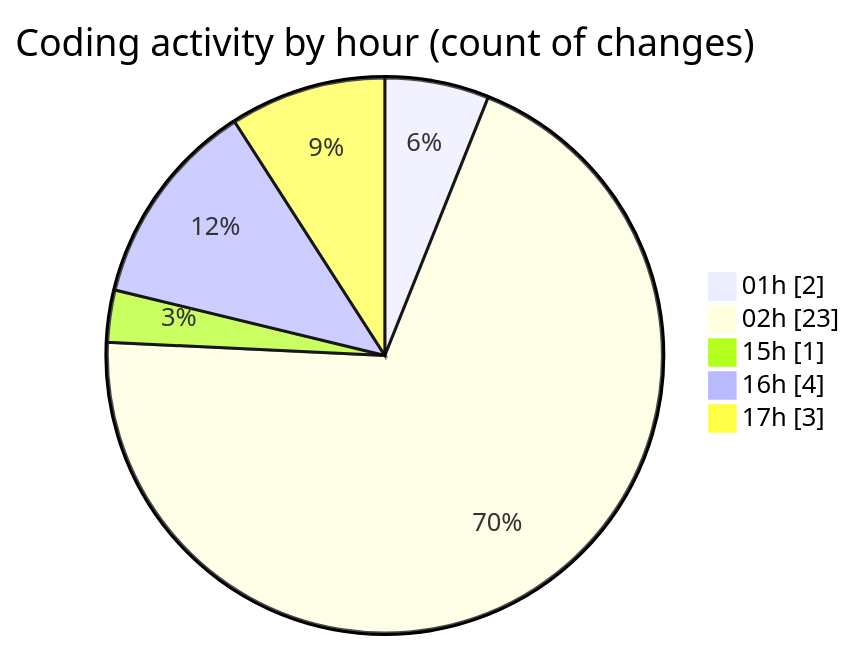
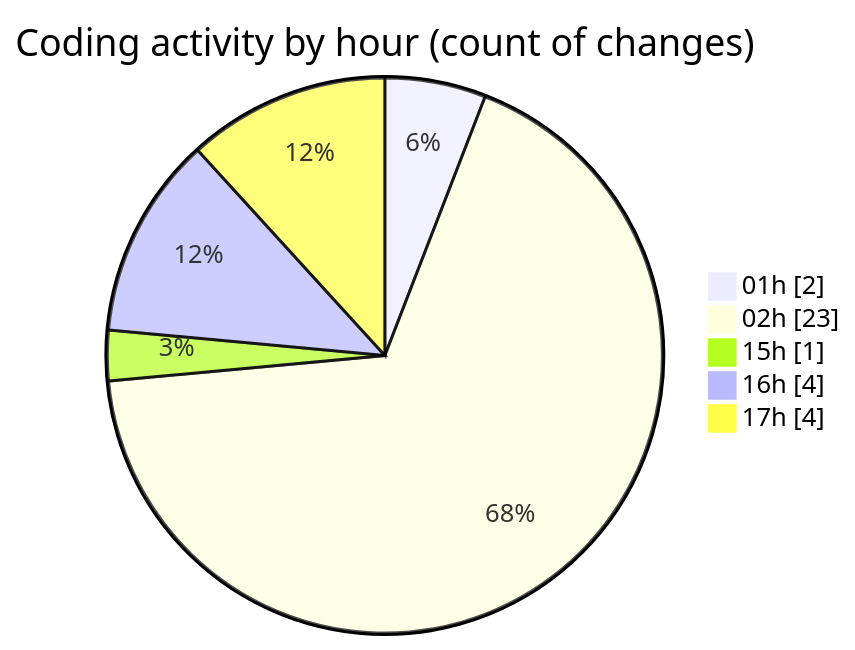
The second of 2 diagrams in 2025-10-01/open-health/README.md (mevix1/code-tracking), drawn with Mermaid before and after one commit. The commit also changed other lines of this file and 1 other file, not shown here.

````diff
--- a/2025-10-01/open-health/README.md
+++ b/2025-10-01/open-health/README.md
@@ -43,9 +44,9 @@
 ```mermaid
 pie showData
 title Coding activity by hour (count of changes)
 "01h" : 2
 "02h" : 23
 "15h" : 1
 "16h" : 4
-"17h" : 3
+"17h" : 4
 ```
````
